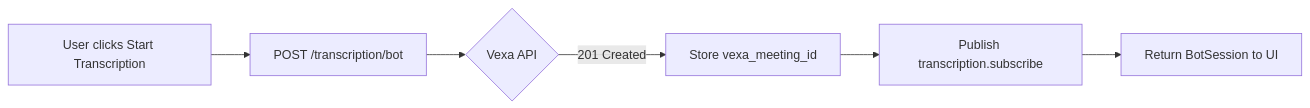
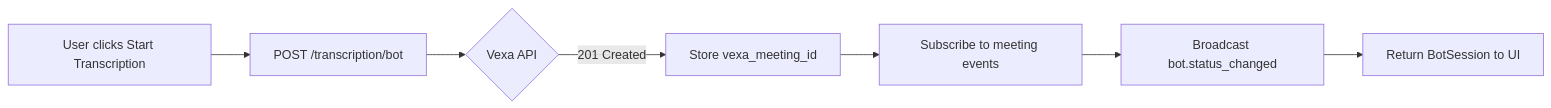
The third of 5 diagrams in backend/docs/TRANSCRIPTION_PIPELINE.md (jspada200/dna), drawn with Mermaid before and after one commit. The commit also changed other lines of this file and 8 other files, not shown here.

````diff
--- a/backend/docs/TRANSCRIPTION_PIPELINE.md
+++ b/backend/docs/TRANSCRIPTION_PIPELINE.md
@@ -211,8 +241,9 @@
 ```mermaid
 flowchart LR
     A[User clicks Start Transcription] --> B[POST /transcription/bot]
     B --> C{Vexa API}
     C -->|201 Created| D[Store vexa_meeting_id]
-    D --> E[Publish transcription.subscribe]
-    E --> F[Return BotSession to UI]
+    D --> E[Subscribe to meeting events]
+    E --> F[Broadcast bot.status_changed]
+    F --> G[Return BotSession to UI]
 ```
````
